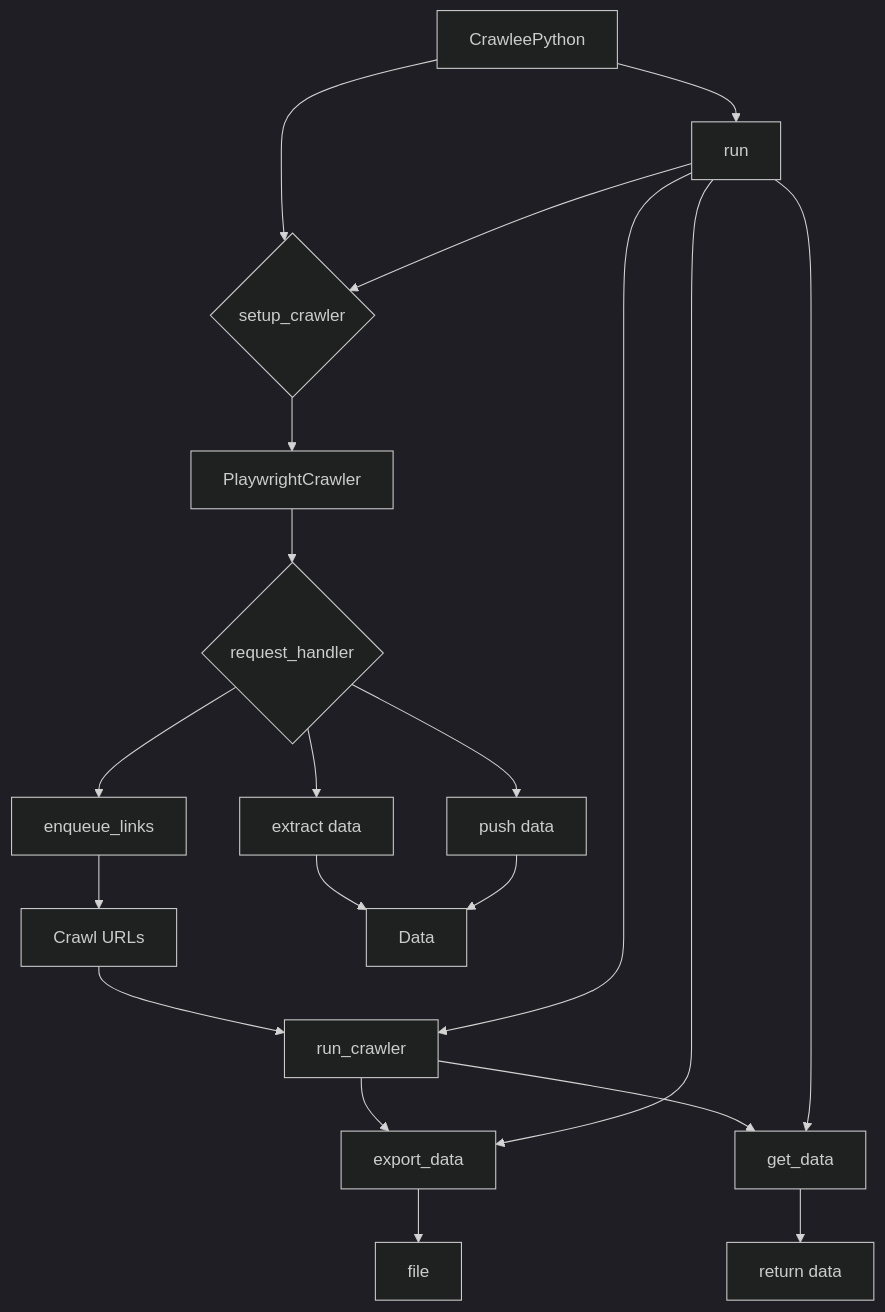
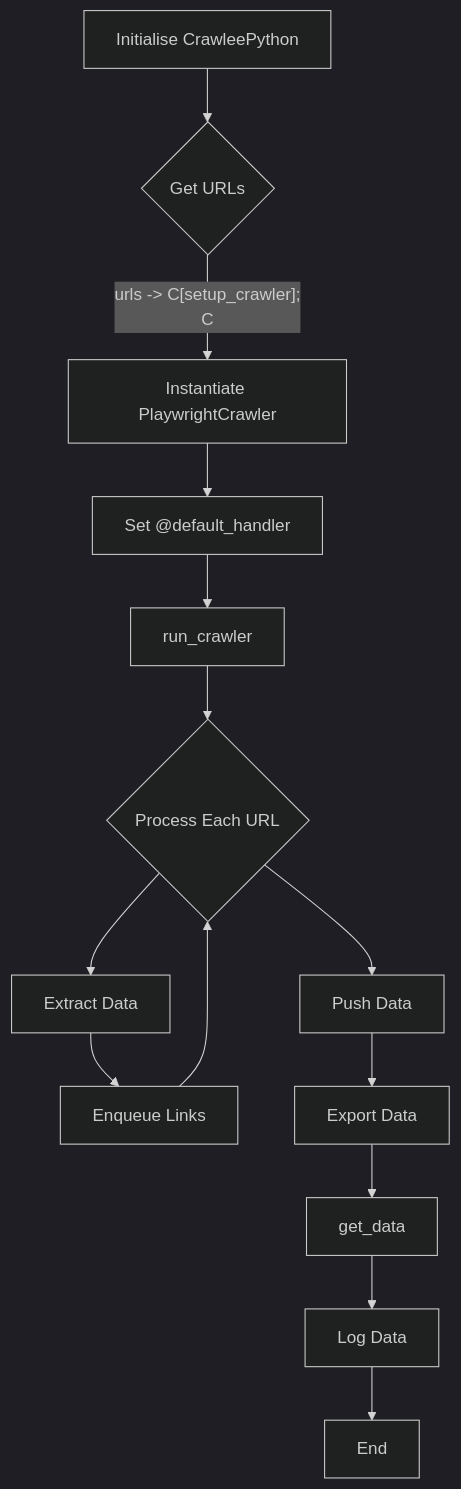
Before and after one commit to hypo69/hypo: the first of 2 diagrams in docs/gemini/ru/explainer/src/webdriver/crawlee_python/crawlee_python.md, drawn with Mermaid (dark theme). The commit also changed other lines of this file and 311 other files, not shown here.

````diff
--- a/docs/gemini/ru/explainer/src/webdriver/crawlee_python/crawlee_python.md
+++ b/docs/gemini/ru/explainer/src/webdriver/crawlee_python/crawlee_python.md
@@ -143,22 +103,17 @@
 ```mermaid
 graph TD
-    A[CrawleePython] --> B{setup_crawler};
-    B --> C[PlaywrightCrawler];
-    C --> D{request_handler};
-    D --> E[enqueue_links];
-    D --> F[extract data];
-    D --> G[push data];
-    E --> H[Crawl URLs];
-    F --> I[Data];
-    G --> I;
-    H --> J[run_crawler];
-    J --> K[export_data];
-    K --> L[file];
-    J --> M[get_data];
-    M --> N[return data];
-    A --> O[run];
-    O --> B;
-    O --> J;
-    O --> K;
-    O --> M;
+    A[Initialise CrawleePython] --> B{Get URLs};
+    B -- urls -> C[setup_crawler];
+    C --> D[Instantiate PlaywrightCrawler];
+    D --> E[Set @default_handler];
+    E --> F[run_crawler];
+    F --> G{Process Each URL};
+    G --> H[Extract Data];
+    H --> I[Enqueue Links];
+    I --> G;
+    G --> J[Push Data];
+    J --> K[Export Data];
+    K --> L[get_data];
+    L --> M[Log Data];
+    M --> N[End];
 ```
````
